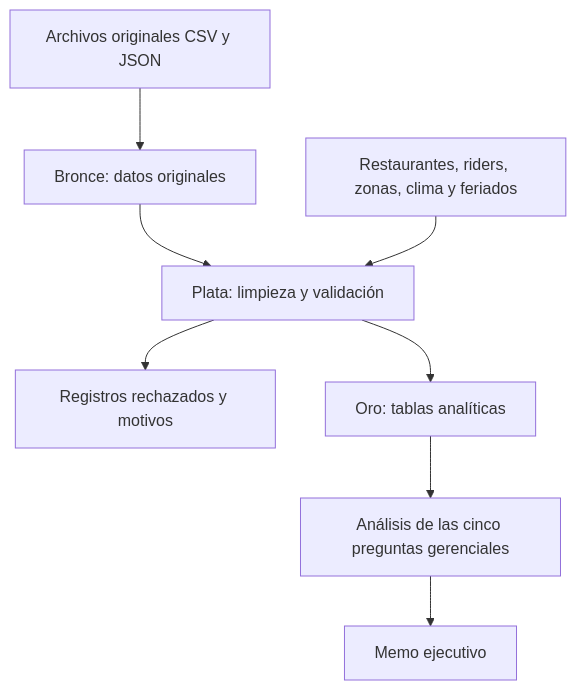
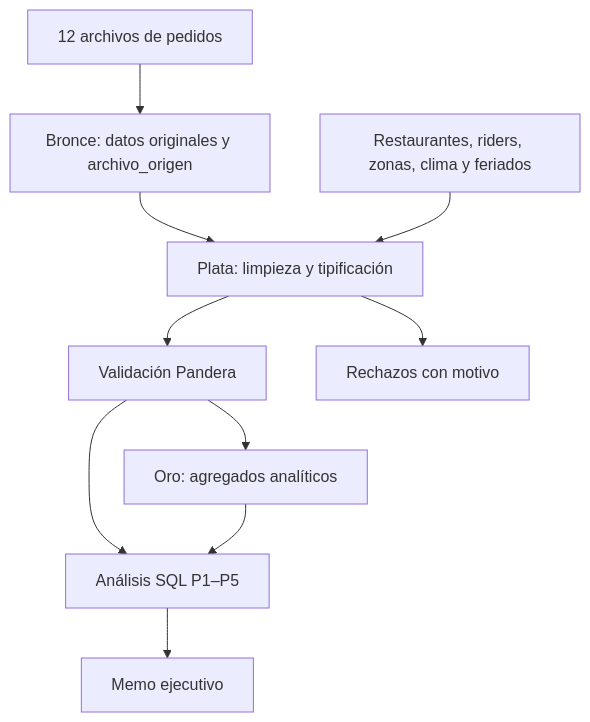
The diagram in README.md (gabrielurquidis1-tech/yallego-b1), drawn with Mermaid before and after one commit. The commit also changed other lines of this file and 2 other files, not shown here.

Commit message:
Completar análisis P1 y P5 y documentación del proyecto

````diff
--- a/README.md
+++ b/README.md
@@ -34,10 +14,12 @@
 ```mermaid
 flowchart TD
-    A["Archivos originales CSV y JSON"] --> B["Bronce: datos originales"]
-    B --> C["Plata: limpieza y validación"]
-    F["Restaurantes, riders, zonas, clima y feriados"] --> C
-    C --> R["Registros rechazados y motivos"]
-    C --> D["Oro: tablas analíticas"]
-    D --> E["Análisis de las cinco preguntas gerenciales"]
-    E --> G["Memo ejecutivo"]
+    A[12 archivos de pedidos] --> B[Bronce: datos originales y archivo_origen]
+    B --> C[Plata: limpieza y tipificación]
+    F[Restaurantes, riders, zonas, clima y feriados] --> C
+    C --> V[Validación Pandera]
+    C --> R[Rechazos con motivo]
+    V --> D[Oro: agregados analíticos]
+    V --> E[Análisis SQL P1–P5]
+    D --> E
+    E --> M[Memo ejecutivo]
 ```
````
